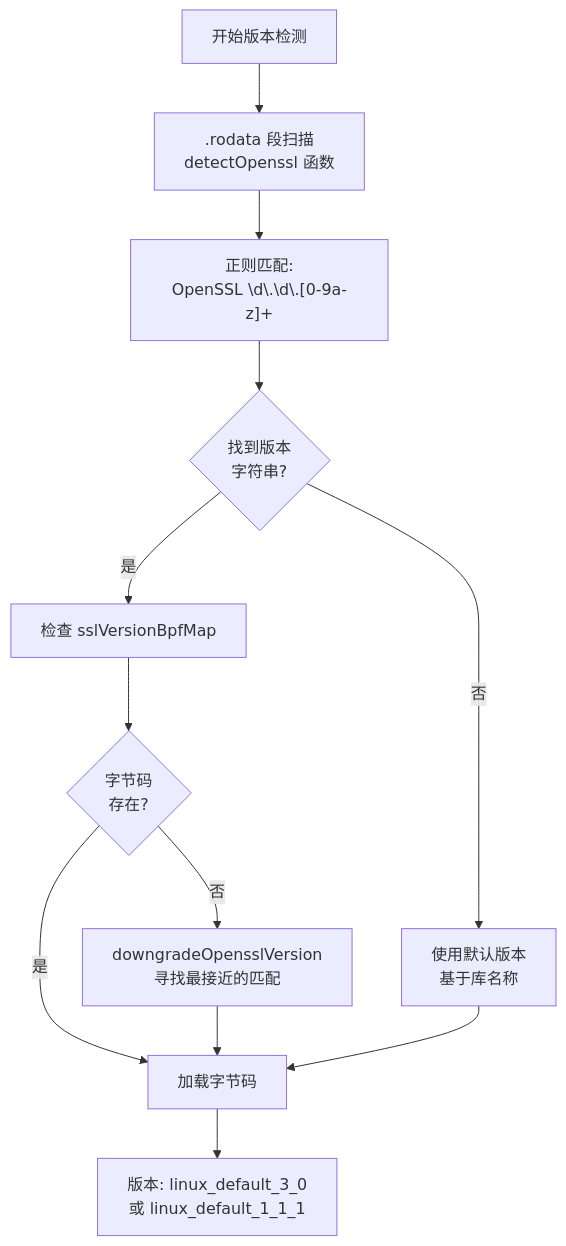
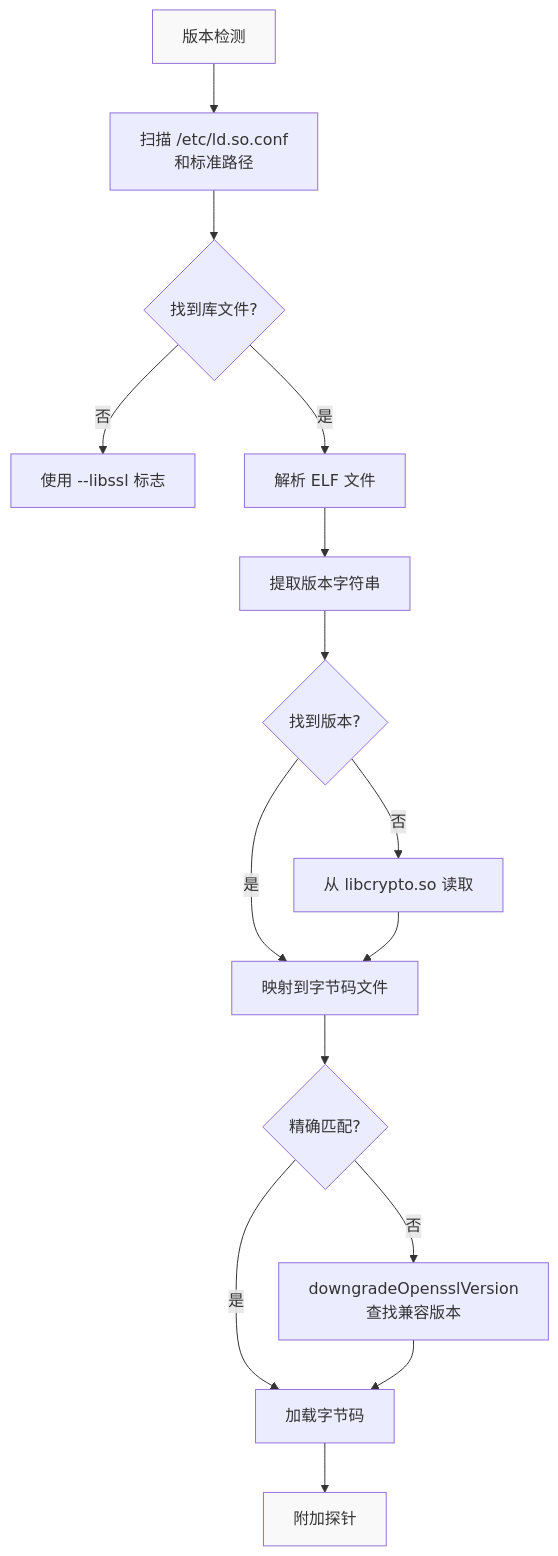
One commit to gojue/ecapture.cc changed the third of 10 diagrams in src/zh/6-troubleshooting-and-faq/index.md. Above: the diagram before and after it, drawn with Mermaid. The commit also changed other lines of this file and 115 other files, not shown here.

````diff
--- a/src/zh/6-troubleshooting-and-faq/index.md
+++ b/src/zh/6-troubleshooting-and-faq/index.md
@@ -185,25 +128,20 @@
 ```mermaid
 graph TB
-    START["开始版本检测"]
-    SCAN[".rodata 段扫描<br/>detectOpenssl 函数"]
-    REGEX["正则匹配:<br/>OpenSSL \d\.\d\.[0-9a-z]+"]
-    FOUND{"找到版本<br/>字符串?"}
-    MAP["检查 sslVersionBpfMap"]
-    BYTECODE{"字节码<br/>存在?"}
-    DOWNGRADE["downgradeOpensslVersion<br/>寻找最接近的匹配"]
-    DEFAULT["使用默认版本<br/>基于库名称"]
-    LOAD["加载字节码"]
+    Start["版本检测"] --> DetectPath["扫描 /etc/ld.so.conf<br/>和标准路径"]
+    DetectPath --> FindLib{找到库文件?}
+    FindLib -->|否| ManualPath["使用 --libssl 标志"]
+    FindLib -->|是| ParseELF["解析 ELF 文件"]
+    ParseELF --> ExtractVer["提取版本字符串"]
+    ExtractVer --> FoundVer{找到版本?}
+    FoundVer -->|否| ReadCrypto["从 libcrypto.so 读取"]
+    FoundVer -->|是| MapBytecode["映射到字节码文件"]
+    ReadCrypto --> MapBytecode
+    MapBytecode --> CheckMap{精确匹配?}
+    CheckMap -->|否| Downgrade["downgradeOpensslVersion<br/>查找兼容版本"]
+    CheckMap -->|是| LoadBytecode["加载字节码"]
+    Downgrade --> LoadBytecode
+    LoadBytecode --> Success["附加探针"]
     
-    START --> SCAN
-    SCAN --> REGEX
-    REGEX --> FOUND
-    FOUND -->|是| MAP
-    FOUND -->|否| DEFAULT
-    MAP --> BYTECODE
-    BYTECODE -->|是| LOAD
-    BYTECODE -->|否| DOWNGRADE
-    DOWNGRADE --> LOAD
-    DEFAULT --> LOAD
-    
-    LOAD --> END["版本: linux_default_3_0<br/>或 linux_default_1_1_1"]
+    style Start fill:#f9f9f9
+    style Success fill:#f9f9f9
 ```
````
